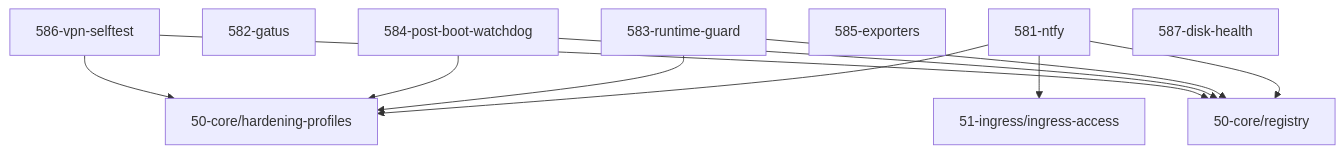
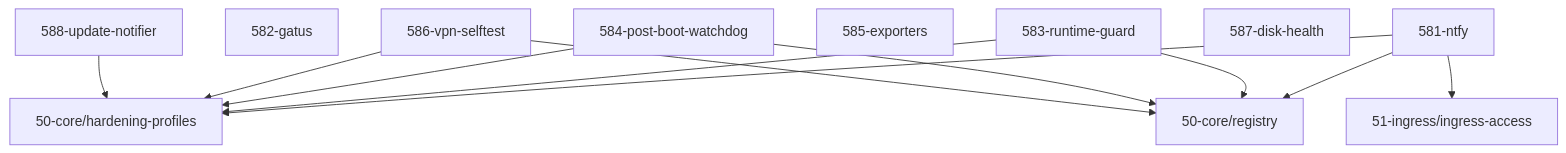
Before and after one commit to grapefruit89/mediNix-core: the diagram in 58-observability/AGENTS.md, drawn with Mermaid. The commit also changed other lines of this file and 32 other files, not shown here.

````diff
--- a/58-observability/AGENTS.md
+++ b/58-observability/AGENTS.md
@@ -56,15 +57,16 @@
 ```mermaid
 graph TD
   581_ntfy["581-ntfy"] --> hardening_profiles["50-core/hardening-profiles"]
   581_ntfy["581-ntfy"] --> registry["50-core/registry"]
   581_ntfy["581-ntfy"] --> ingress_access["51-ingress/ingress-access"]
   582_gatus["582-gatus"]
   583_runtime_guard["583-runtime-guard"] --> hardening_profiles["50-core/hardening-profiles"]
   583_runtime_guard["583-runtime-guard"] --> registry["50-core/registry"]
   584_post_boot_watchdog["584-post-boot-watchdog"] --> hardening_profiles["50-core/hardening-profiles"]
   584_post_boot_watchdog["584-post-boot-watchdog"] --> registry["50-core/registry"]
   585_exporters["585-exporters"]
   586_vpn_selftest["586-vpn-selftest"] --> registry["50-core/registry"]
   586_vpn_selftest["586-vpn-selftest"] --> hardening_profiles["50-core/hardening-profiles"]
   587_disk_health["587-disk-health"]
+  588_update_notifier["588-update-notifier"] --> hardening_profiles["50-core/hardening-profiles"]
 ```
````
